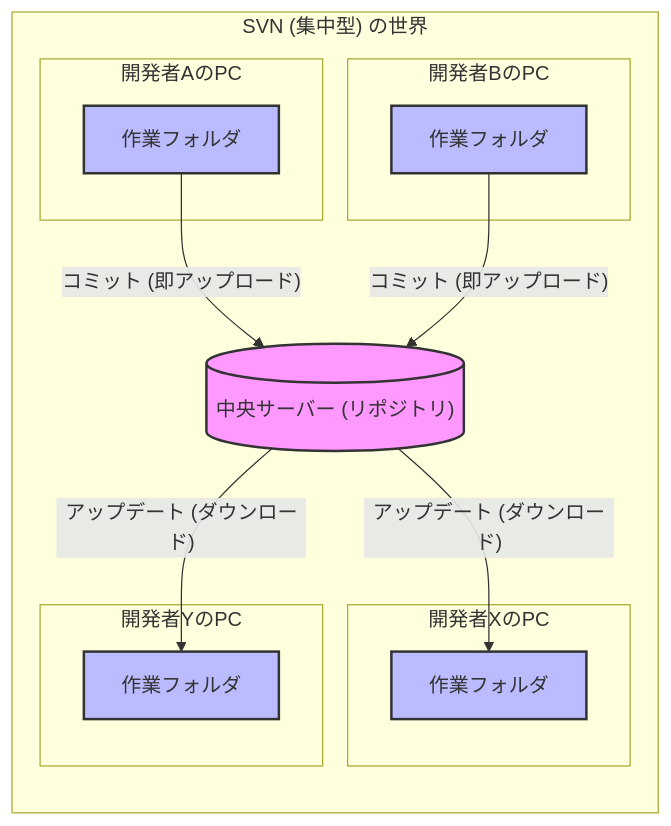
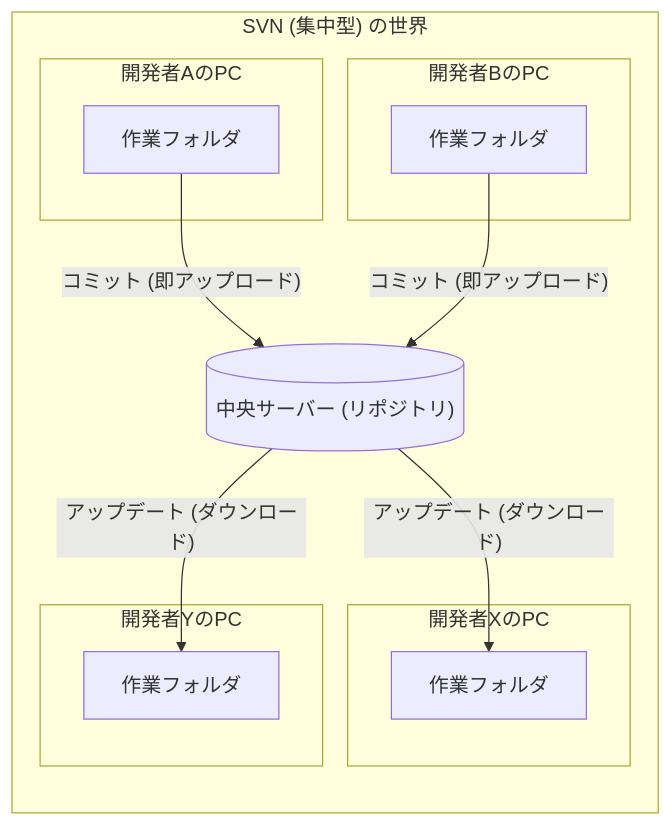
Before and after one commit to t-inoue0214/starter-git-and-github: the third of 6 diagrams in 00_history_and_concept/README.md, drawn with Mermaid. The commit also changed other lines of this file, not shown here.

````diff
--- a/00_history_and_concept/README.md
+++ b/00_history_and_concept/README.md
@@ -167,31 +167,29 @@
 ```mermaid
 flowchart TD
-    classDef server fill:#f9f,stroke:#333,stroke-width:2px;
-    classDef pc fill:#bbf,stroke:#333,stroke-width:2px;
 
     subgraph SVN_World ["SVN (集中型) の世界"]
         direction TB
         SvnServer[("中央サーバー (リポジトリ)")]:::server
         
         subgraph PCA ["開発者AのPC"]
             WorkA[作業フォルダ]:::pc
         end
               
         subgraph PCB ["開発者BのPC"]
             WorkB[作業フォルダ]:::pc
         end
 
         subgraph PCX ["開発者XのPC"]
             WorkX[作業フォルダ]:::pc
         end
 
         subgraph PCY ["開発者YのPC"]
             WorkY[作業フォルダ]:::pc
         end
 
         WorkA -- "コミット (即アップロード)" --> SvnServer
         WorkB -- "コミット (即アップロード)" --> SvnServer
         SvnServer -- "アップデート (ダウンロード)" --> WorkX
         SvnServer -- "アップデート (ダウンロード)" --> WorkY
     end
 ```
````
